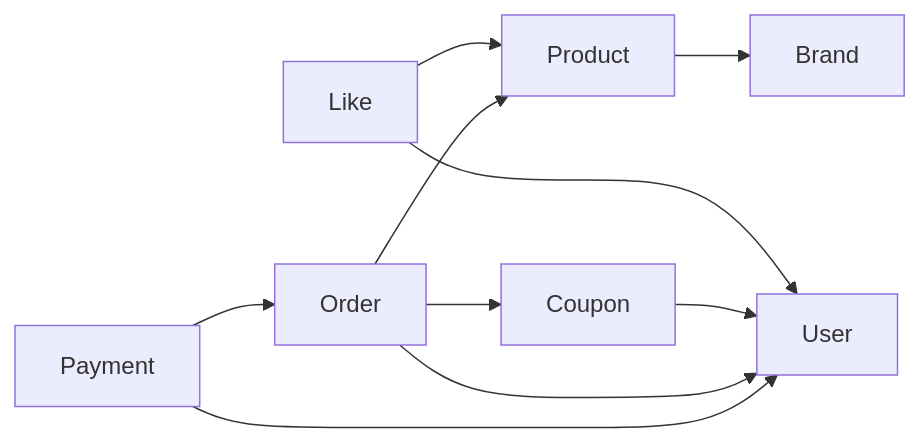
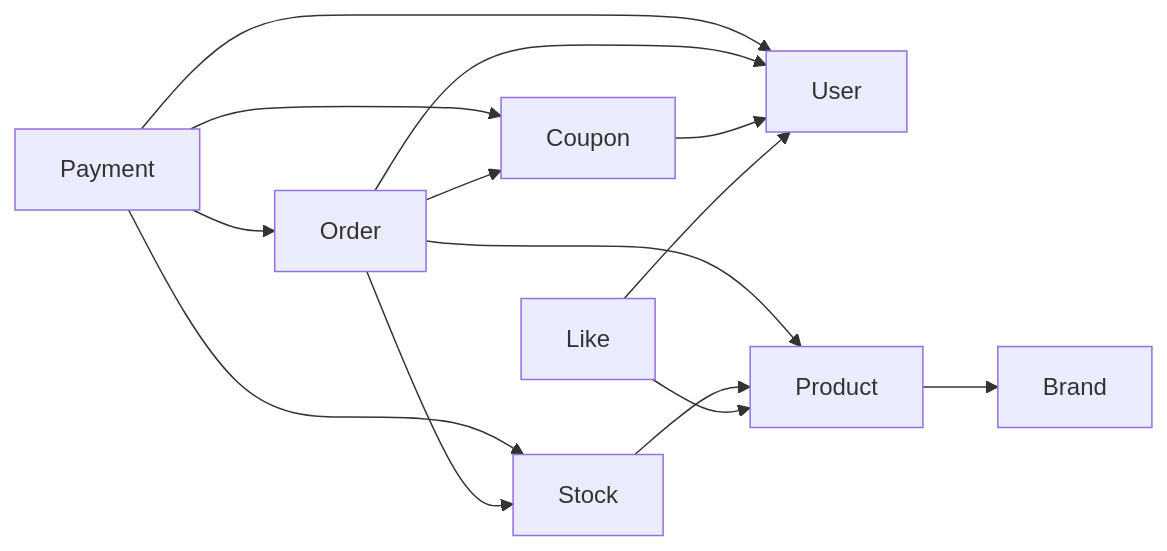
One commit to Loopers-dev-lab/loop-pack-be-l2-vol3-java changed the diagram in docs/design/domain-map.md. Above: the diagram before and after it, drawn with Mermaid. The commit also changed other lines of this file and 22 other files, not shown here.

````diff
--- a/docs/design/domain-map.md
+++ b/docs/design/domain-map.md
@@ -8,12 +8,16 @@
 ```mermaid
 graph LR
     Payment --> Order
     Payment --> User
+    Payment --> Stock
+    Payment --> Coupon
     Order --> Product
+    Order --> Stock
     Order --> User
     Order --> Coupon
+    Stock --> Product
     Coupon --> User
     Like --> Product
     Like --> User
     Product --> Brand
 ```
````
